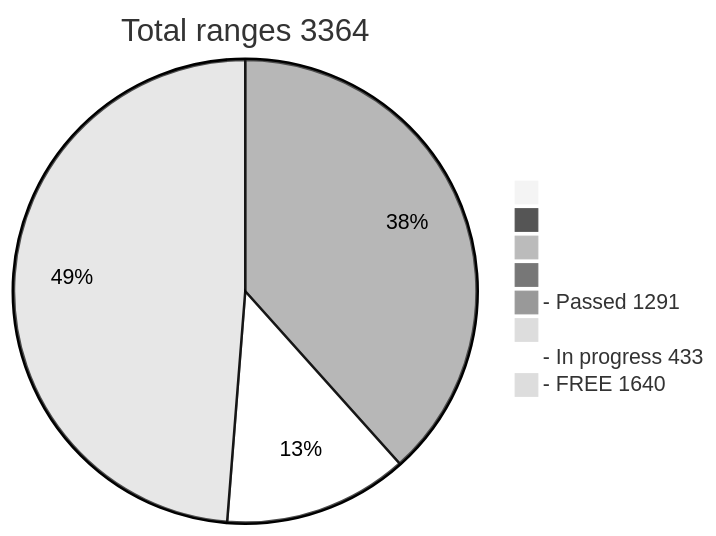
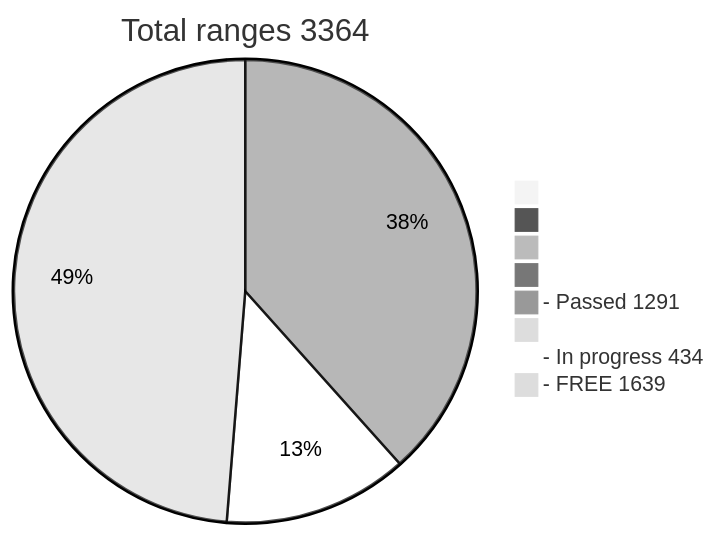
Before and after one commit to phrutis/wif500: the diagram in README.md, drawn with Mermaid (neutral theme).

````diff
--- a/README.md
+++ b/README.md
@@ -16,12 +16,12 @@
 ```mermaid
 pie title Total ranges 3364
              " " : 0
             "  " : 0
            "   " : 0
           "    " : 0
   "- Passed 1291" : 1291
          "     " : 0
-  "- In progress 433" : 433
-   "- FREE 1640" : 1640
+  "- In progress 434" : 434
+   "- FREE 1639" : 1639
    
 ```
````
